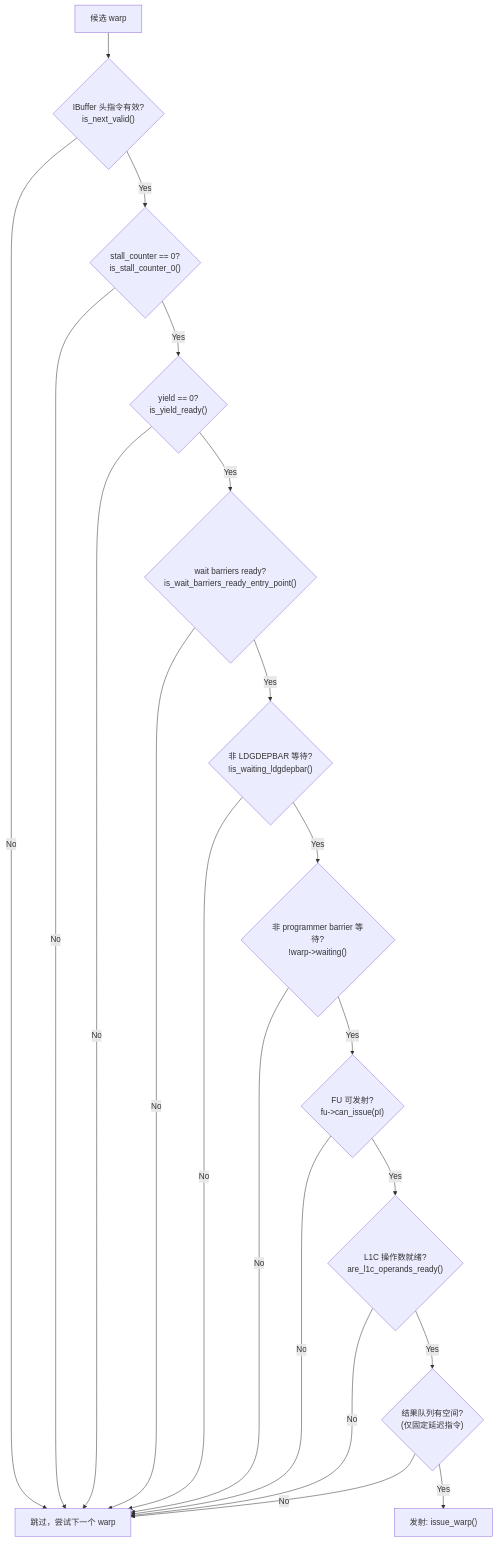
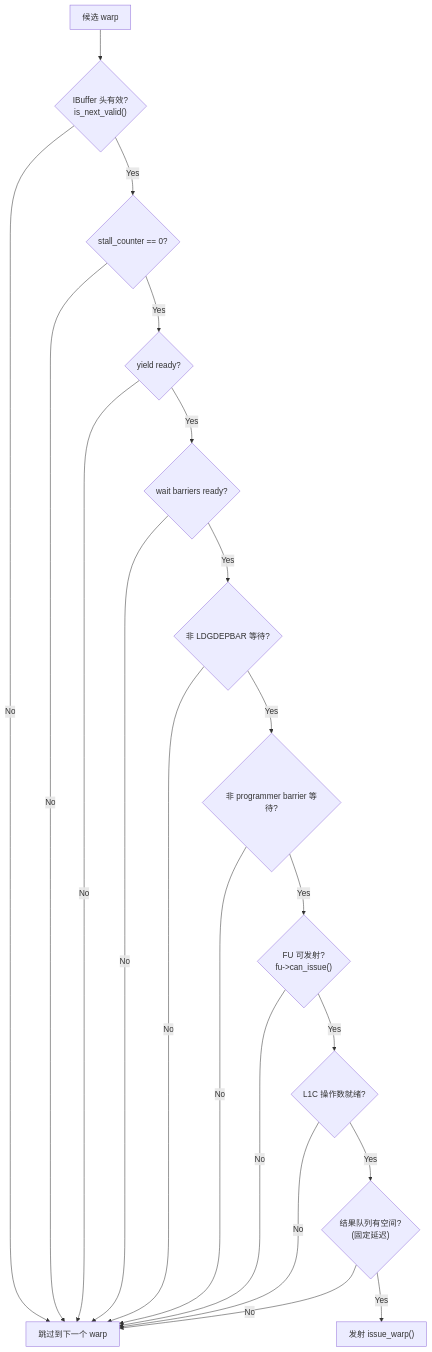
One commit to dzwduan/modern-gpu-simulator-micro-2025 changed the fifth of 6 diagrams in docs/detailed-design/03A-Subcore前端流水与调度设计.md. Above: the diagram before and after it, drawn with Mermaid. The commit also changed other lines of this file, not shown here.

````diff
--- a/docs/detailed-design/03A-Subcore前端流水与调度设计.md
+++ b/docs/detailed-design/03A-Subcore前端流水与调度设计.md
@@ -242,22 +246,23 @@
 ```mermaid
+%%{init: {'flowchart': {'nodeSpacing': 50, 'rankSpacing': 60, 'padding': 12, 'useMaxWidth': false}} }%%
 flowchart TD
-    START["候选 warp"] --> CHK_IBUF{"IBuffer 头指令有效?<br/>is_next_valid()"}
-    CHK_IBUF -->|No| SKIP["跳过，尝试下一个 warp"]
-    CHK_IBUF -->|Yes| CHK_STALL{"stall_counter == 0?<br/>is_stall_counter_0()"}
+    START["候选 warp"] --> CHK_IBUF{"IBuffer 头有效?<br/>is_next_valid()"}
+    CHK_IBUF -->|No| SKIP["跳过到下一个 warp"]
+    CHK_IBUF -->|Yes| CHK_STALL{"stall_counter == 0?"}
     CHK_STALL -->|No| SKIP
-    CHK_STALL -->|Yes| CHK_YIELD{"yield == 0?<br/>is_yield_ready()"}
+    CHK_STALL -->|Yes| CHK_YIELD{"yield ready?"}
     CHK_YIELD -->|No| SKIP
-    CHK_YIELD -->|Yes| CHK_BARRIER{"wait barriers ready?<br/>is_wait_barriers_ready_entry_point()"}
+    CHK_YIELD -->|Yes| CHK_BARRIER{"wait barriers ready?"}
     CHK_BARRIER -->|No| SKIP
-    CHK_BARRIER -->|Yes| CHK_LDGDEPBAR{"非 LDGDEPBAR 等待?<br/>!is_waiting_ldgdepbar()"}
+    CHK_BARRIER -->|Yes| CHK_LDGDEPBAR{"非 LDGDEPBAR 等待?"}
     CHK_LDGDEPBAR -->|No| SKIP
-    CHK_LDGDEPBAR -->|Yes| CHK_PROGBAR{"非 programmer barrier 等待?<br/>!warp->waiting()"}
+    CHK_LDGDEPBAR -->|Yes| CHK_PROGBAR{"非 programmer barrier 等待?"}
     CHK_PROGBAR -->|No| SKIP
-    CHK_PROGBAR -->|Yes| CHK_FU{"FU 可发射?<br/>fu->can_issue(pI)"}
+    CHK_PROGBAR -->|Yes| CHK_FU{"FU 可发射?<br/>fu->can_issue()"}
     CHK_FU -->|No| SKIP
-    CHK_FU -->|Yes| CHK_L1C{"L1C 操作数就绪?<br/>are_l1c_operands_ready()"}
+    CHK_FU -->|Yes| CHK_L1C{"L1C 操作数就绪?"}
     CHK_L1C -->|No| SKIP
-    CHK_L1C -->|Yes| CHK_QUEUE{"结果队列有空间?<br/>(仅固定延迟指令)"}
+    CHK_L1C -->|Yes| CHK_QUEUE{"结果队列有空间?<br/>(固定延迟)"}
     CHK_QUEUE -->|No| SKIP
-    CHK_QUEUE -->|Yes| ISSUE["发射: issue_warp()"]
+    CHK_QUEUE -->|Yes| ISSUE["发射 issue_warp()"]
 ```
````
